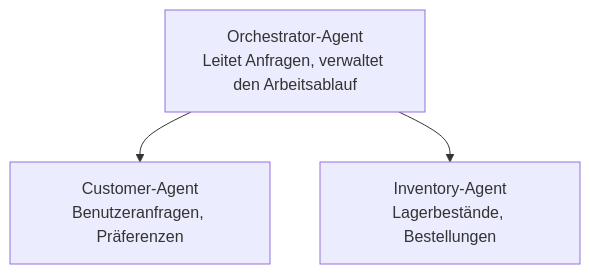
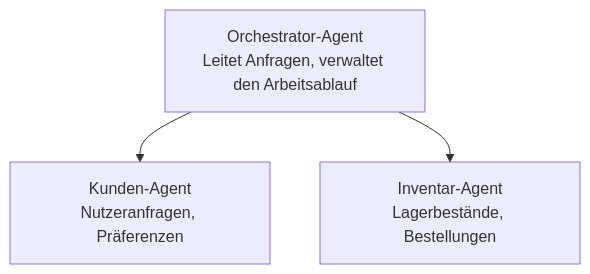
Before and after one commit to microsoft/AZD-for-beginners: the diagram in translations/de/docs/chapter-05-multi-agent/README.md, drawn with Mermaid. The commit also changed other lines of this file and 104 other files, not shown here.

````diff
--- a/translations/de/docs/chapter-05-multi-agent/README.md
+++ b/translations/de/docs/chapter-05-multi-agent/README.md
@@ -52,5 +54,5 @@
 ```mermaid
 graph TD
-    Orchestrator[Orchestrator-Agent<br/>Leitet Anfragen, verwaltet den Arbeitsablauf] --> Customer[Customer-Agent<br/>Benutzeranfragen, Präferenzen]
-    Orchestrator --> Inventory[Inventory-Agent<br/>Lagerbestände, Bestellungen]
+    Orchestrator[Orchestrator-Agent<br/>Leitet Anfragen, verwaltet den Arbeitsablauf] --> Customer[Kunden-Agent<br/>Nutzeranfragen, Präferenzen]
+    Orchestrator --> Inventory[Inventar-Agent<br/>Lagerbestände, Bestellungen]
 ```
````
